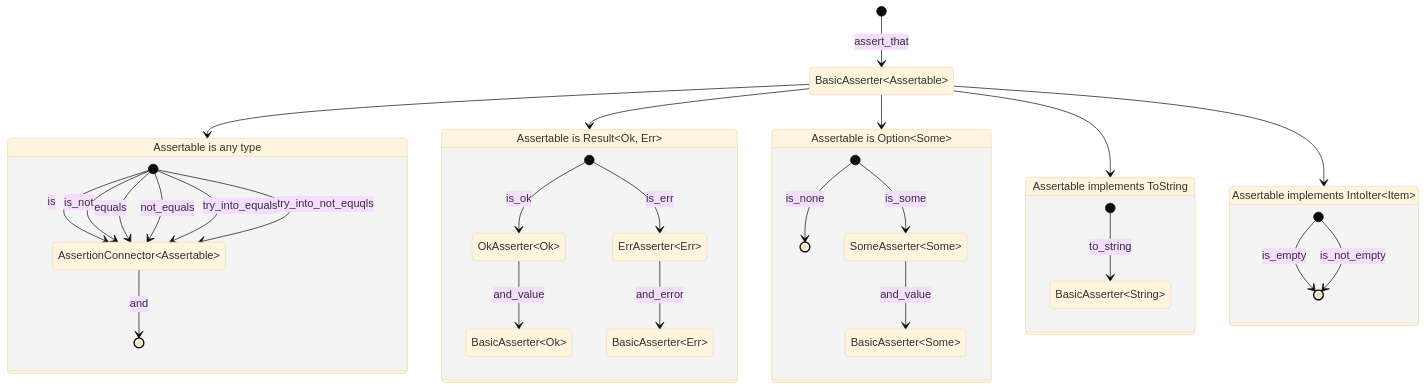
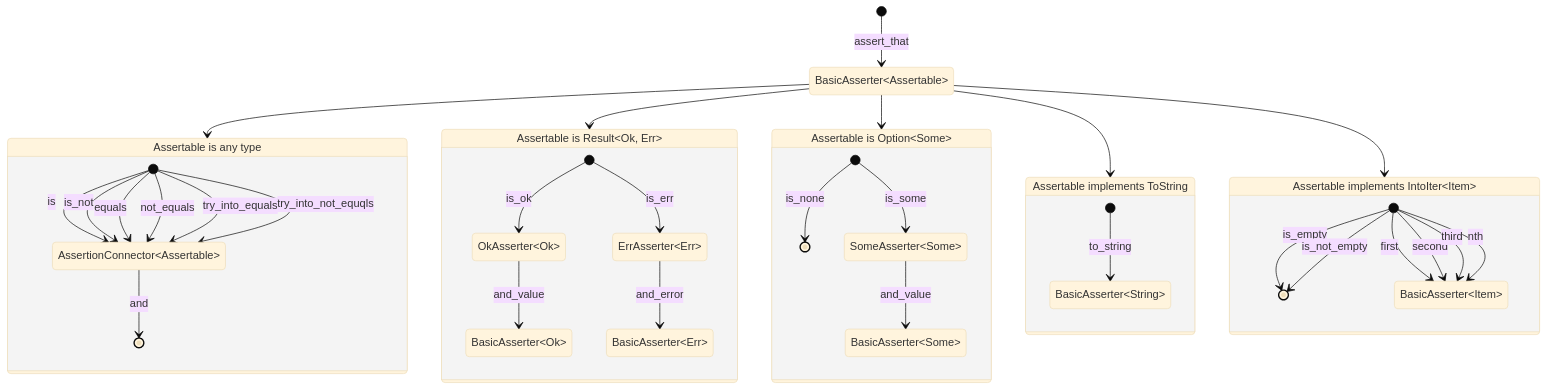
One commit to open-schnick/Smoothy changed the diagram in README.md. Above: the diagram before and after it, drawn with Mermaid (base theme). The commit also changed other lines of this file and 4 other files, not shown here.

````diff
--- a/README.md
+++ b/README.md
@@ -94,36 +106,40 @@
 ```mermaid
 stateDiagram-v2
     [*] --> BasicAsserter&ltAssertable&gt : assert_that
     BasicAsserter&ltAssertable&gt --> Anything
     state "Assertable is any type" as Anything {
         [*] --> AssertionConnector&ltAssertable&gt : is
         [*] --> AssertionConnector&ltAssertable&gt : is_not
         [*] --> AssertionConnector&ltAssertable&gt : equals
         [*] --> AssertionConnector&ltAssertable&gt : not_equals
         [*] --> AssertionConnector&ltAssertable&gt : try_into_equals
         [*] --> AssertionConnector&ltAssertable&gt : try_into_not_equqls
         AssertionConnector&ltAssertable&gt --> [*] : and
     }
     BasicAsserter&ltAssertable&gt --> Result
     state "Assertable is Result&ltOk, Err&gt" as Result {
         [*] --> OkAsserter&ltOk&gt : is_ok
         OkAsserter&ltOk&gt --> BasicAsserter&ltOk&gt : and_value
         [*] --> ErrAsserter&ltErr&gt : is_err
         ErrAsserter&ltErr&gt --> BasicAsserter&ltErr&gt : and_error
     }
     BasicAsserter&ltAssertable&gt --> Option
     state "Assertable is Option&ltSome&gt" as Option {
         [*] --> [*] : is_none
         [*] --> SomeAsserter&ltSome&gt : is_some
         SomeAsserter&ltSome&gt --> BasicAsserter&ltSome&gt : and_value
     }
     BasicAsserter&ltAssertable&gt --> ImplString
     state "Assertable implements ToString" as ImplString {
         [*] --> BasicAsserter&ltString&gt : to_string
     }
     BasicAsserter&ltAssertable&gt --> ImplIntoIter
     state "Assertable implements IntoIter&ltItem&gt" as ImplIntoIter {
         [*] --> [*] : is_empty
         [*] --> [*] : is_not_empty
+        [*] --> BasicAsserter&ltItem&gt: first
+        [*] --> BasicAsserter&ltItem&gt: second
+        [*] --> BasicAsserter&ltItem&gt: third
+        [*] --> BasicAsserter&ltItem&gt: nth
     }
 ```
````
